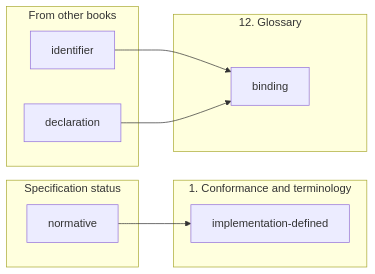
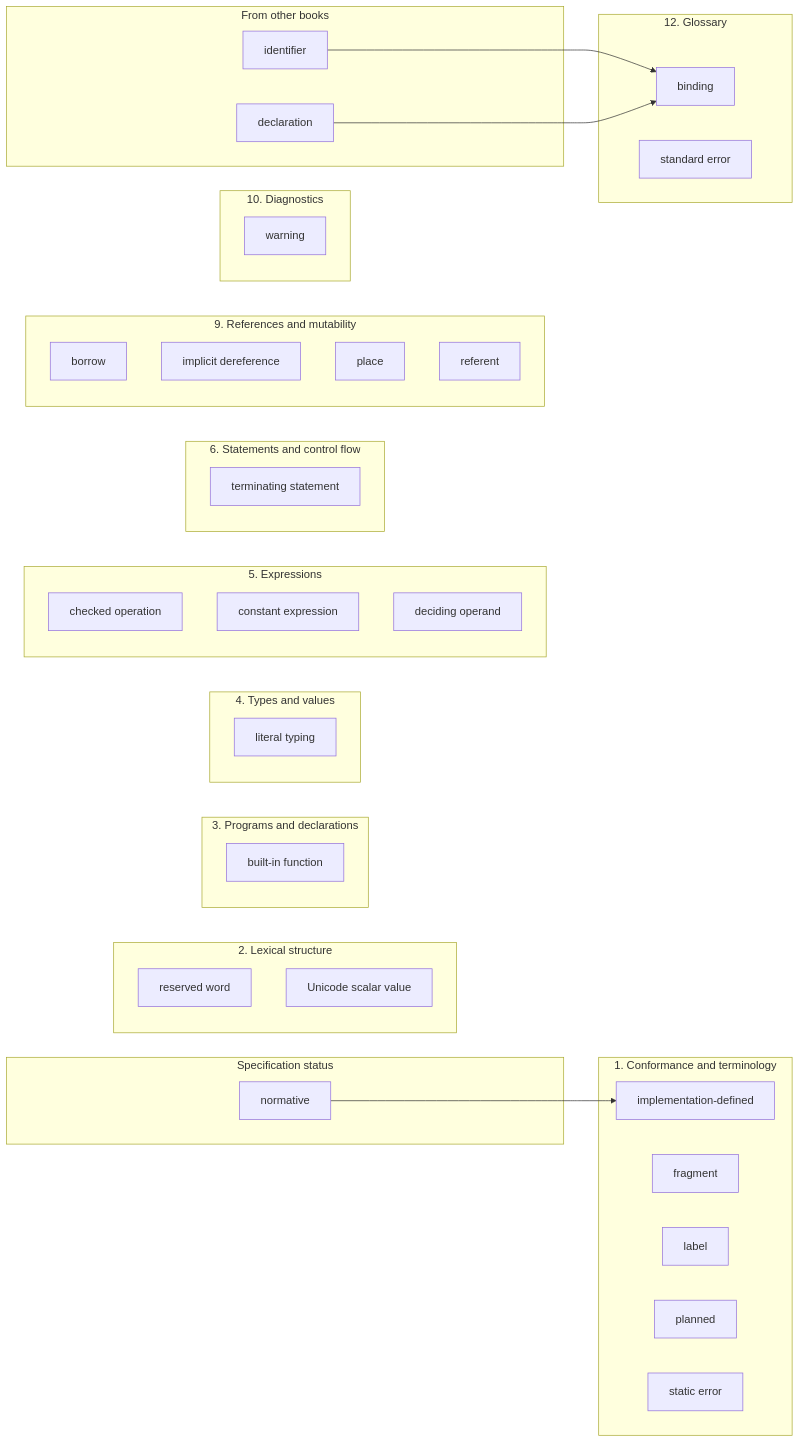
The diagram in includes/concept-map-spec.mmd (snp05016/vortex), drawn with Mermaid before and after one commit. The commit also changed 207 other files, not shown here.

```diff
--- a/includes/concept-map-spec.mmd
+++ b/includes/concept-map-spec.mmd
@@ -1,18 +1,50 @@
 %% Generated by tools/docs/concepts.py from tools/docs/concepts/concepts.yml; do not edit.
 flowchart LR
   subgraph p_specification__index["Specification status"]
     c_normative["normative"]
   end
   subgraph p_specification__conformance["1. Conformance and terminology"]
     c_implementation_defined["implementation-defined"]
+    c_fragment["fragment"]
+    c_label["label"]
+    c_planned["planned"]
+    c_static_error["static error"]
+  end
+  subgraph p_specification__lexical_structure["2. Lexical structure"]
+    c_reserved_word["reserved word"]
+    c_unicode_scalar_value["Unicode scalar value"]
+  end
+  subgraph p_specification__declarations["3. Programs and declarations"]
+    c_built_in_function["built-in function"]
+  end
+  subgraph p_specification__types_and_values["4. Types and values"]
+    c_literal_typing["literal typing"]
+  end
+  subgraph p_specification__expressions["5. Expressions"]
+    c_checked_operation["checked operation"]
+    c_constant_expression["constant expression"]
+    c_deciding_operand["deciding operand"]
+  end
+  subgraph p_specification__statements["6. Statements and control flow"]
+    c_terminating_statement["terminating statement"]
+  end
+  subgraph p_specification__references["9. References and mutability"]
+    c_borrow["borrow"]
+    c_implicit_dereference["implicit dereference"]
+    c_place["place"]
+    c_referent["referent"]
+  end
+  subgraph p_specification__diagnostics["10. Diagnostics"]
+    c_warning["warning"]
   end
   subgraph p_specification__glossary["12. Glossary"]
     c_binding["binding"]
+    c_standard_error["standard error"]
   end
   subgraph earlier["From other books"]
     c_identifier["identifier"]
     c_declaration["declaration"]
   end
   c_normative --> c_implementation_defined
   c_identifier --> c_binding
   c_declaration --> c_binding
```
